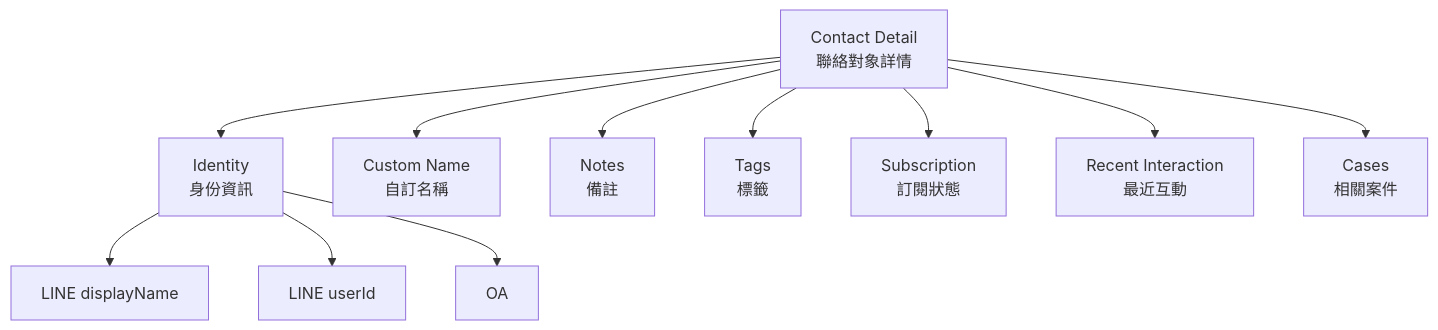
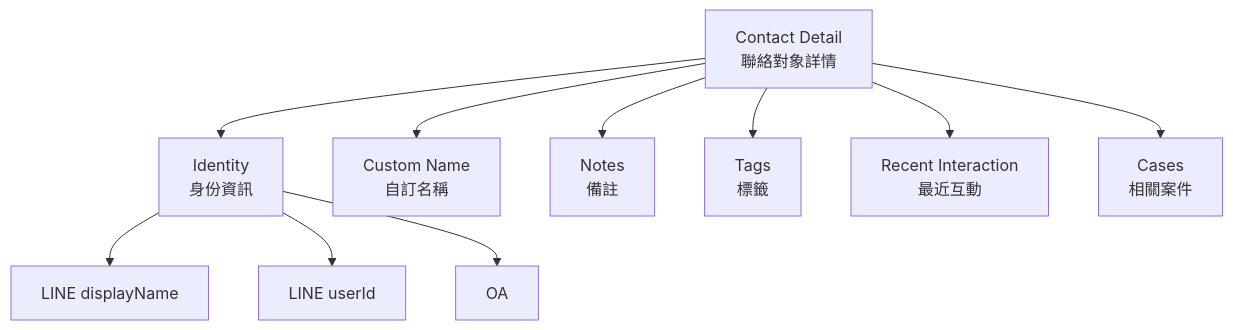
Before and after one commit to bruce-yang-422/LINE_Automa: the third of 8 diagrams in docs/功能規格/聯絡人管理規格.md, drawn with Mermaid. The commit also changed other lines of this file and 49 other files, not shown here.

First line of the commit message:
feat: 移除報告中心並新增關鍵字訂閱與公開圖片素材 / remove report center, add keyword subscriptions and public media

````diff
--- a/docs/功能規格/聯絡人管理規格.md
+++ b/docs/功能規格/聯絡人管理規格.md
@@ -885,16 +884,15 @@
 ```mermaid
 flowchart TD
     A[Contact Detail<br/>聯絡對象詳情]
 
     A --> B[Identity<br/>身份資訊]
     A --> C[Custom Name<br/>自訂名稱]
     A --> D[Notes<br/>備註]
     A --> E[Tags<br/>標籤]
-    A --> F[Subscription<br/>訂閱狀態]
     A --> G[Recent Interaction<br/>最近互動]
     A --> H[Cases<br/>相關案件]
 
     B --> B1[LINE displayName]
     B --> B2[LINE userId]
     B --> B3[OA]
 ```
````
